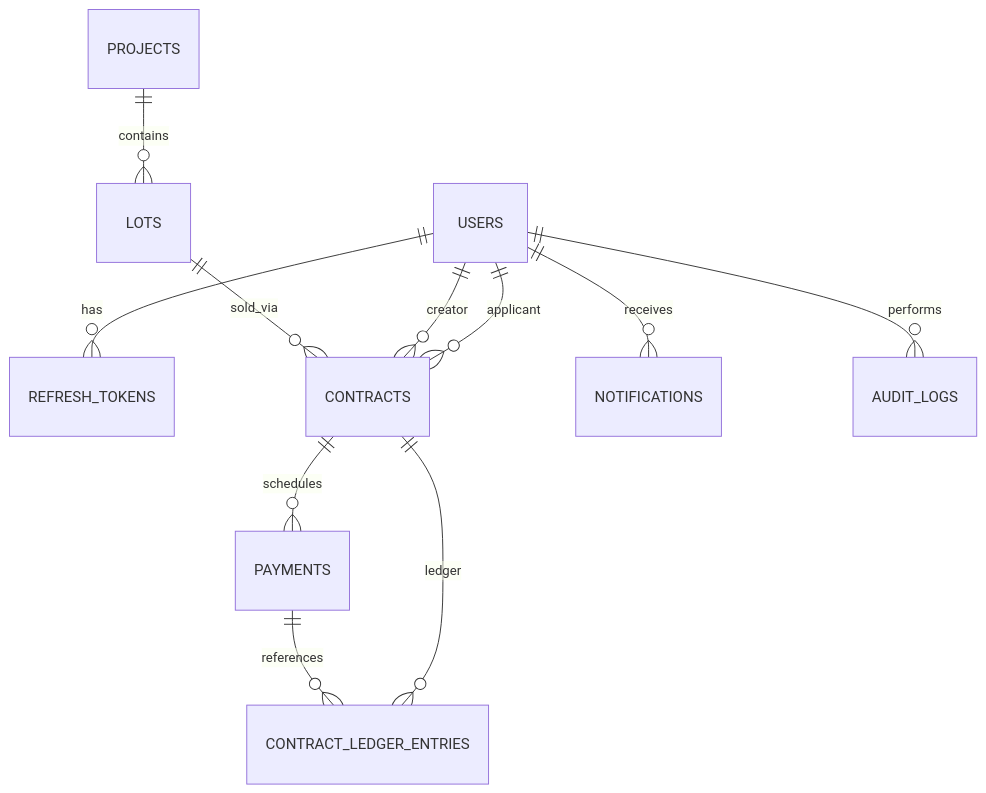
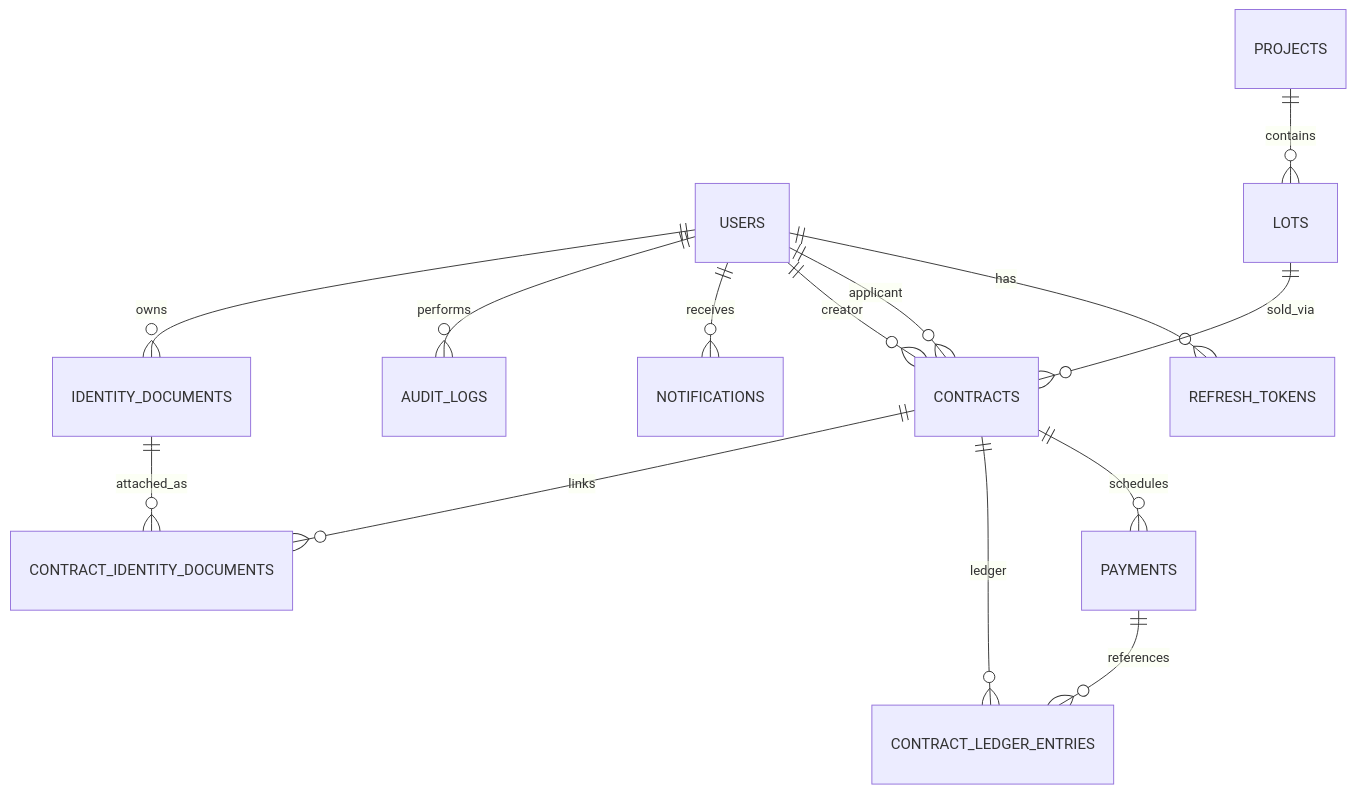
Before and after one commit to kesiaPss/fintera-api-go: the diagram in docs/architecture/data-model.md, drawn with Mermaid. The commit also changed other lines of this file and 35 other files, not shown here.

First line of the commit message:
feat(identity-documents): file the applicant's DNI and RTN on the contract

````diff
--- a/docs/architecture/data-model.md
+++ b/docs/architecture/data-model.md
@@ -8,13 +8,16 @@
 ```mermaid
 erDiagram
     USERS ||--o{ REFRESH_TOKENS : has
     USERS ||--o{ CONTRACTS : applicant
     USERS ||--o{ CONTRACTS : creator
     USERS ||--o{ NOTIFICATIONS : receives
     USERS ||--o{ AUDIT_LOGS : performs
     PROJECTS ||--o{ LOTS : contains
     LOTS ||--o{ CONTRACTS : sold_via
     CONTRACTS ||--o{ PAYMENTS : schedules
     CONTRACTS ||--o{ CONTRACT_LEDGER_ENTRIES : ledger
     PAYMENTS ||--o{ CONTRACT_LEDGER_ENTRIES : references
+    USERS ||--o{ IDENTITY_DOCUMENTS : owns
+    CONTRACTS ||--o{ CONTRACT_IDENTITY_DOCUMENTS : links
+    IDENTITY_DOCUMENTS ||--o{ CONTRACT_IDENTITY_DOCUMENTS : attached_as
 ```
````
